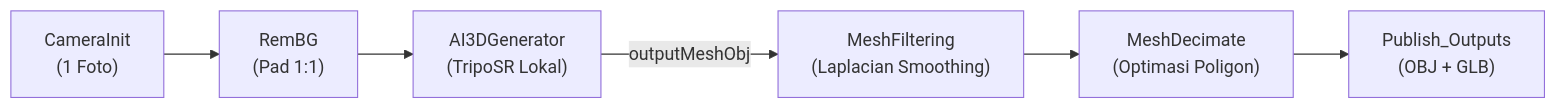
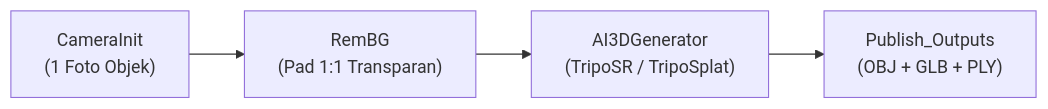
One commit to NyxNyfa/Meshroom-Add-ons changed the second of 2 diagrams in walkthrough_AI3DGenerator.md. Above: the diagram before and after it, drawn with Mermaid. The commit also changed other lines of this file and 4 other files, not shown here.

````diff
--- a/walkthrough_AI3DGenerator.md
+++ b/walkthrough_AI3DGenerator.md
@@ -97,8 +100,6 @@
 ```mermaid
 flowchart LR
-    CI["CameraInit\n(1 Foto)"] --> RBG["RemBG\n(Pad 1:1)"]
-    RBG --> AI["AI3DGenerator\n(TripoSR Lokal)"]
-    AI -- "outputMeshObj" --> MF["MeshFiltering\n(Laplacian Smoothing)"]
-    MF --> MD["MeshDecimate\n(Optimasi Poligon)"]
-    MD --> PUB["Publish_Outputs\n(OBJ + GLB)"]
+    CI["CameraInit\n(1 Foto Objek)"] --> RBG["RemBG\n(Pad 1:1 Transparan)"]
+    RBG --> AI["AI3DGenerator\n(TripoSR / TripoSplat)"]
+    AI --> PUB["Publish_Outputs\n(OBJ + GLB + PLY)"]
 ```
````
